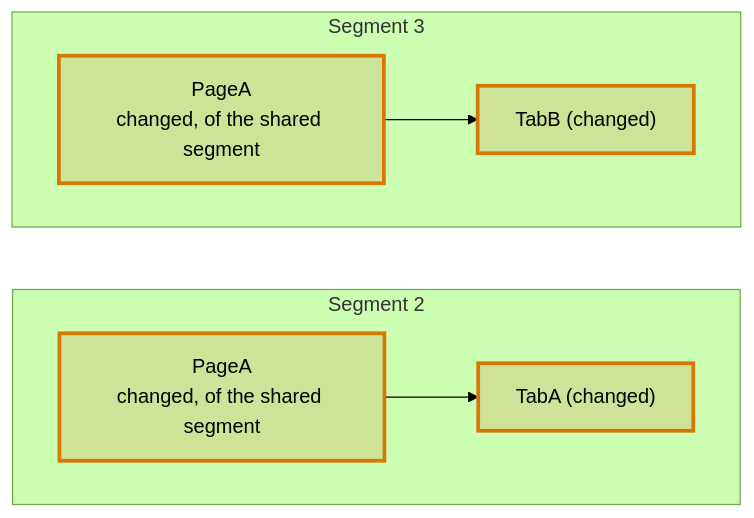
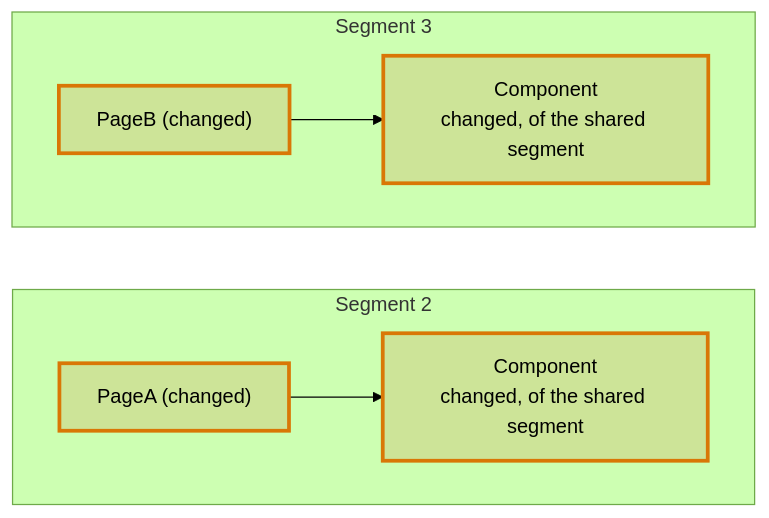
One commit to kidlat-dakila/flight-plan changed the sixth of 7 diagrams in docs/vocabulary/codegraph/segments.md. Above: the diagram before and after it, drawn with Mermaid (forest theme). The commit also changed other lines of this file and 86 other files, not shown here.

Commit message:
feat(codegraph): one segment per page and one card per root block, with the diagram's toolbar, Clear the diagram and a plus at the end of a dropped line

````diff
--- a/docs/vocabulary/codegraph/segments.md
+++ b/docs/vocabulary/codegraph/segments.md
@@ -139,12 +162,12 @@
 ```mermaid
 flowchart LR
   subgraph segment2["Segment 2"]
     direction LR
-    pageA2["PageA<br/>changed, of the shared segment"]:::changed --> tabA["TabA (changed)"]:::changed
+    pageA["PageA (changed)"]:::changed --> component2["Component<br/>changed, of the shared segment"]:::changed
   end
   subgraph segment3["Segment 3"]
     direction LR
-    pageA3["PageA<br/>changed, of the shared segment"]:::changed --> tabB["TabB (changed)"]:::changed
+    pageB["PageB (changed)"]:::changed --> component3["Component<br/>changed, of the shared segment"]:::changed
   end
   classDef changed stroke:#d97706,stroke-width:3px
 ```
````
